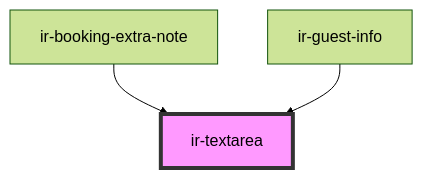
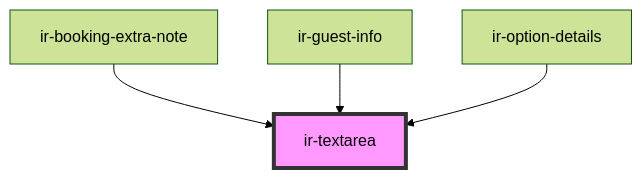
The diagram in src/components/ui/ir-textarea/readme.md (RonyRizk/ir-webcmp), drawn with Mermaid (forest theme) before and after one commit. The commit also changed other lines of this file and 12 other files, not shown here.

````diff
--- a/src/components/ui/ir-textarea/readme.md
+++ b/src/components/ui/ir-textarea/readme.md
@@ -39,6 +41,7 @@
 ```mermaid
 graph TD;
   ir-booking-extra-note --> ir-textarea
   ir-guest-info --> ir-textarea
+  ir-option-details --> ir-textarea
   style ir-textarea fill:#f9f,stroke:#333,stroke-width:4px
 ```
````
